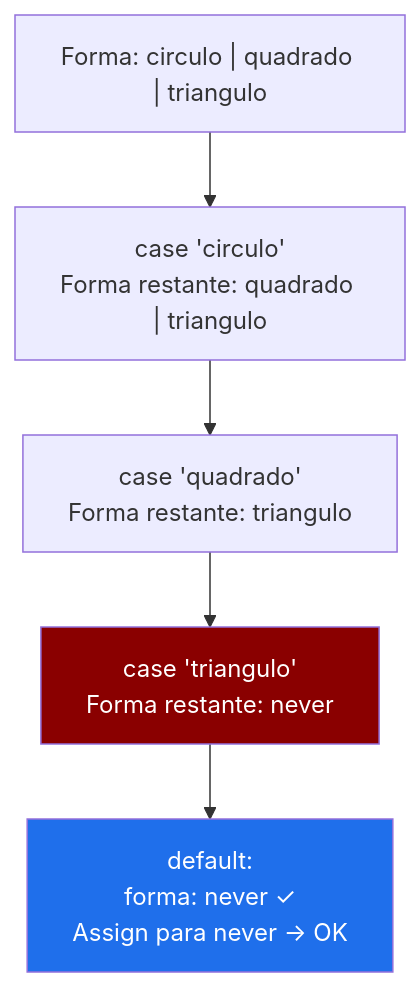
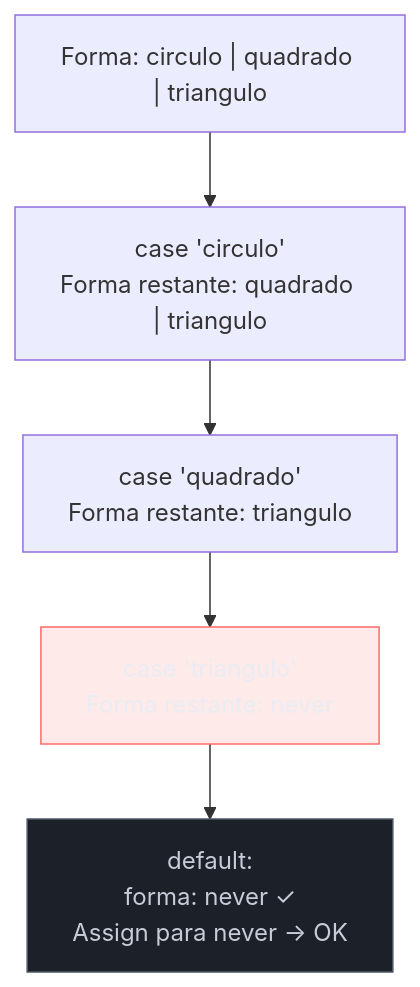
Before and after one commit to josenaldo/codex-technomanticus: the third of 4 diagrams in 03-Dominios/Tecnologia/TypeScript/04 - any, unknown e never.md, drawn with Mermaid. The commit also changed other lines of this file and 1181 other files, not shown here.

First line of the commit message:
fix(diagramas): paleta do sistema no lugar de cor cravada no markdown

````diff
--- a/03-Dominios/Tecnologia/TypeScript/04 - any, unknown e never.md
+++ b/03-Dominios/Tecnologia/TypeScript/04 - any, unknown e never.md
@@ -264,13 +267,15 @@
 ```mermaid
 flowchart TD
+    classDef neutro fill:#1B2029,stroke:#4E5666,color:#C6CCD8
+    classDef falha fill:#FF6B6B24,stroke:#FF6B6B,color:#E9ECF2
     F["Forma: circulo | quadrado | triangulo"]
     C["case 'circulo'<br/>Forma restante: quadrado | triangulo"]
     Q["case 'quadrado'<br/>Forma restante: triangulo"]
     T["case 'triangulo'<br/>Forma restante: never"]
     D["default:<br/>forma: never ✓<br/>Assign para never → OK"]
 
     F --> C --> Q --> T --> D
 
-    style D fill:#1f6feb,color:#fff
-    style T fill:#8a0000,color:#fff
+    class D neutro
+    class T falha
 ```
````
